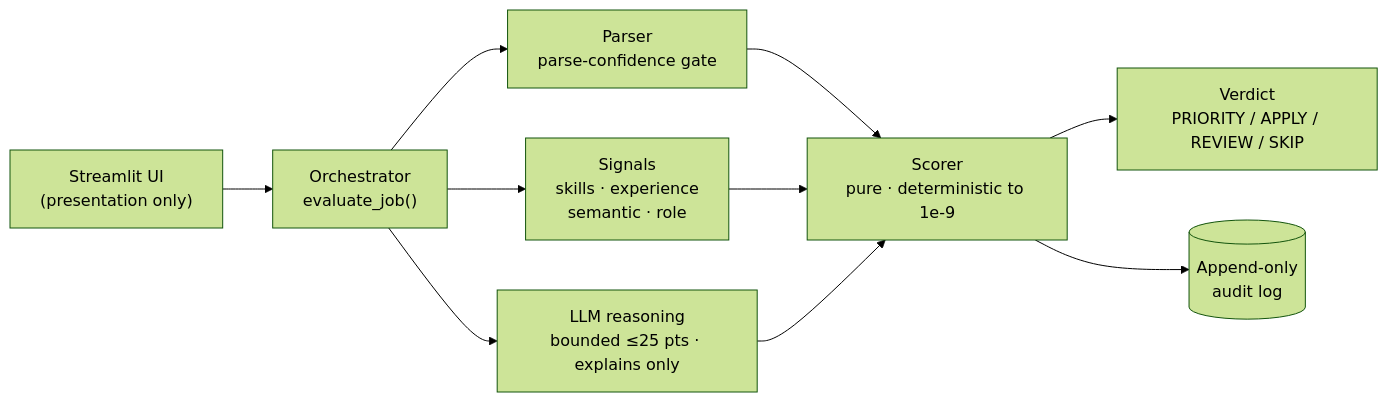
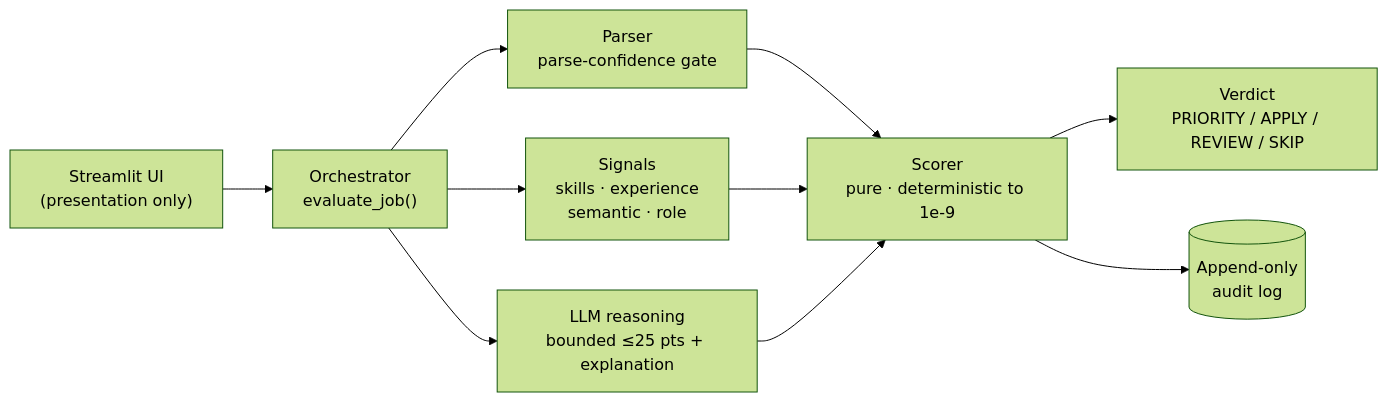
The diagram in README.md (MarwaBS/Job_Decision_Engine), drawn with Mermaid (forest theme) before and after one commit. The commit also changed other lines of this file and 16 other files, not shown here.

````diff
--- a/README.md
+++ b/README.md
@@ -58,12 +58,12 @@
 ```mermaid
 flowchart LR
   UI["Streamlit UI<br/>(presentation only)"] --> ORC["Orchestrator<br/>evaluate_job()"]
   ORC --> P["Parser<br/>parse-confidence gate"]
   ORC --> SIG["Signals<br/>skills · experience<br/>semantic · role"]
-  ORC --> LLM["LLM reasoning<br/>bounded ≤25 pts · explains only"]
+  ORC --> LLM["LLM reasoning<br/>bounded ≤25 pts + explanation"]
   P --> SC["Scorer<br/>pure · deterministic to 1e-9"]
   SIG --> SC
   LLM --> SC
   SC --> V["Verdict<br/>PRIORITY / APPLY / REVIEW / SKIP"]
   SC --> DB[("Append-only<br/>audit log")]
 ```
````
